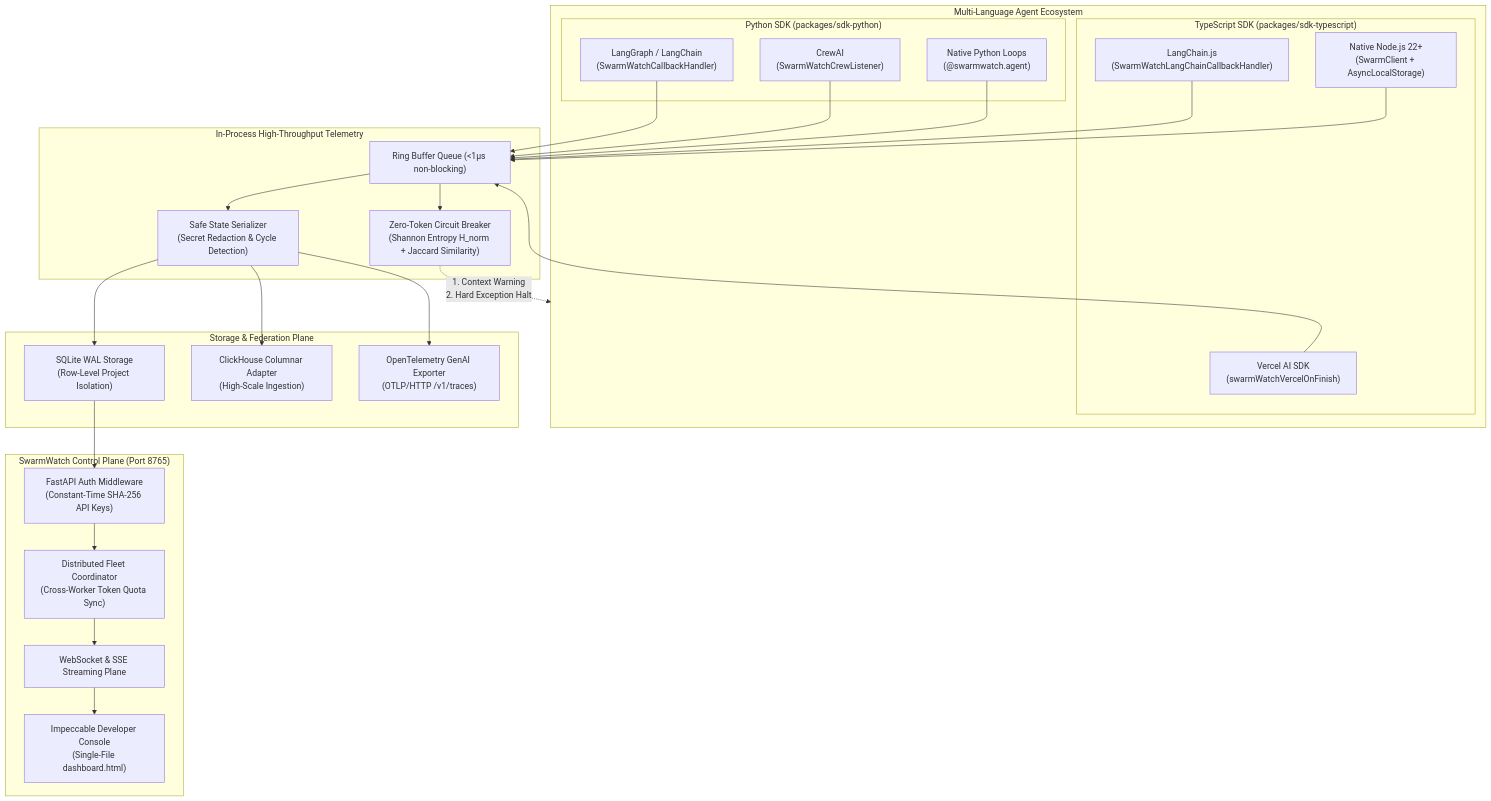
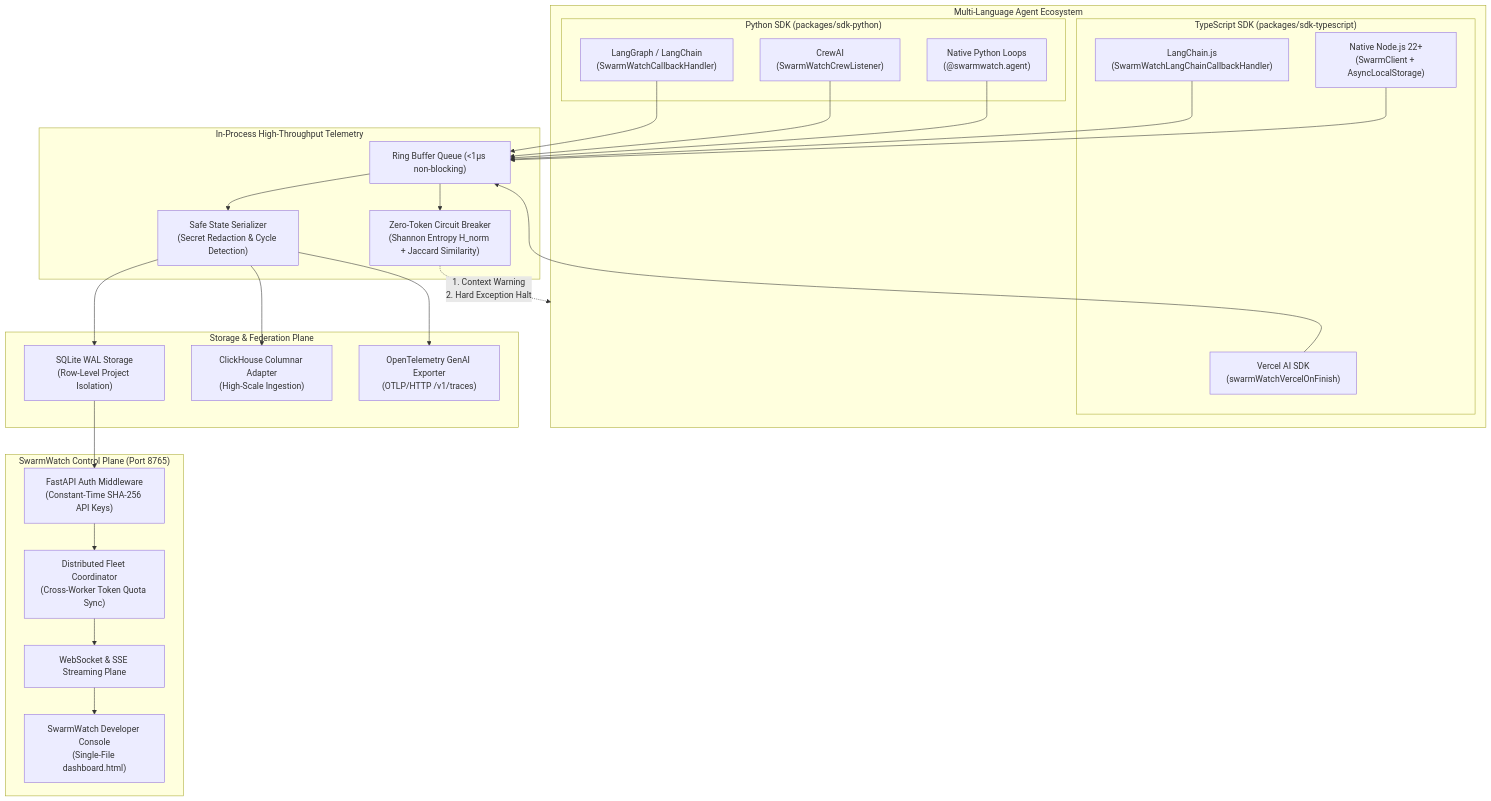
Before and after one commit to SkyCeoSa/SwarmWatch: the diagram in README.md, drawn with Mermaid. The commit also changed other lines of this file and 37 other files, not shown here.

Commit message:
docs: rename internal skill references to SwarmWatch Observability Console and high-density standards

````diff
--- a/README.md
+++ b/README.md
@@ -62,53 +62,53 @@
 ```mermaid
 flowchart TB
     subgraph AgentRuntimes["Multi-Language Agent Ecosystem"]
         subgraph PythonEcosystem["Python SDK (packages/sdk-python)"]
             LG["LangGraph / LangChain\n(SwarmWatchCallbackHandler)"]
             CR["CrewAI\n(SwarmWatchCrewListener)"]
             PY["Native Python Loops\n(@swarmwatch.agent)"]
         end
         subgraph TSEcosystem["TypeScript SDK (packages/sdk-typescript)"]
             VSDK["Vercel AI SDK\n(swarmWatchVercelOnFinish)"]
             LCJS["LangChain.js\n(SwarmWatchLangChainCallbackHandler)"]
             TS["Native Node.js 22+\n(SwarmClient + AsyncLocalStorage)"]
         end
     end
 
     subgraph CoreEngine["In-Process High-Throughput Telemetry"]
         RB["Ring Buffer Queue (<1µs non-blocking)"]
         CB["Zero-Token Circuit Breaker\n(Shannon Entropy H_norm + Jaccard Similarity)"]
         SEC["Safe State Serializer\n(Secret Redaction & Cycle Detection)"]
     end
 
     subgraph Persistence["Storage & Federation Plane"]
         SQL["SQLite WAL Storage\n(Row-Level Project Isolation)"]
         CH["ClickHouse Columnar Adapter\n(High-Scale Ingestion)"]
         OTEL["OpenTelemetry GenAI Exporter\n(OTLP/HTTP /v1/traces)"]
     end
 
     subgraph ControlPlane["SwarmWatch Control Plane (Port 8765)"]
         AUTH["FastAPI Auth Middleware\n(Constant-Time SHA-256 API Keys)"]
         COORD["Distributed Fleet Coordinator\n(Cross-Worker Token Quota Sync)"]
         WS["WebSocket & SSE Streaming Plane"]
-        UI["Impeccable Developer Console\n(Single-File dashboard.html)"]
+        UI["SwarmWatch Developer Console\n(Single-File dashboard.html)"]
     end
 
     LG --> RB
     CR --> RB
     PY --> RB
     VSDK --> RB
     LCJS --> RB
     TS --> RB
 
     RB --> CB
     CB -.->|"1. Context Warning\n2. Hard Exception Halt"| AgentRuntimes
     RB --> SEC
     SEC --> SQL
     SEC --> CH
     SEC --> OTEL
 
     SQL --> AUTH
     AUTH --> COORD
     COORD --> WS
     WS --> UI
 ```
````
